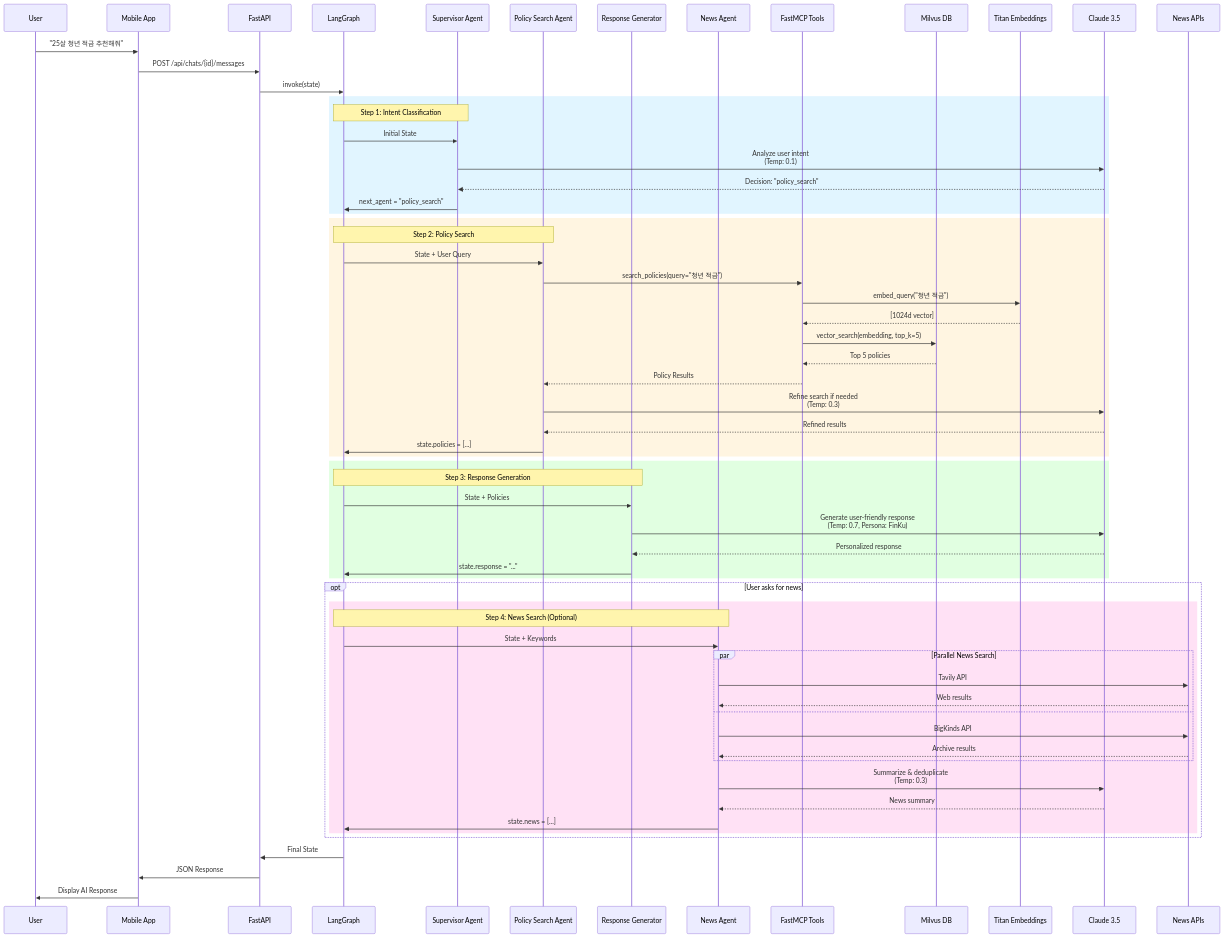
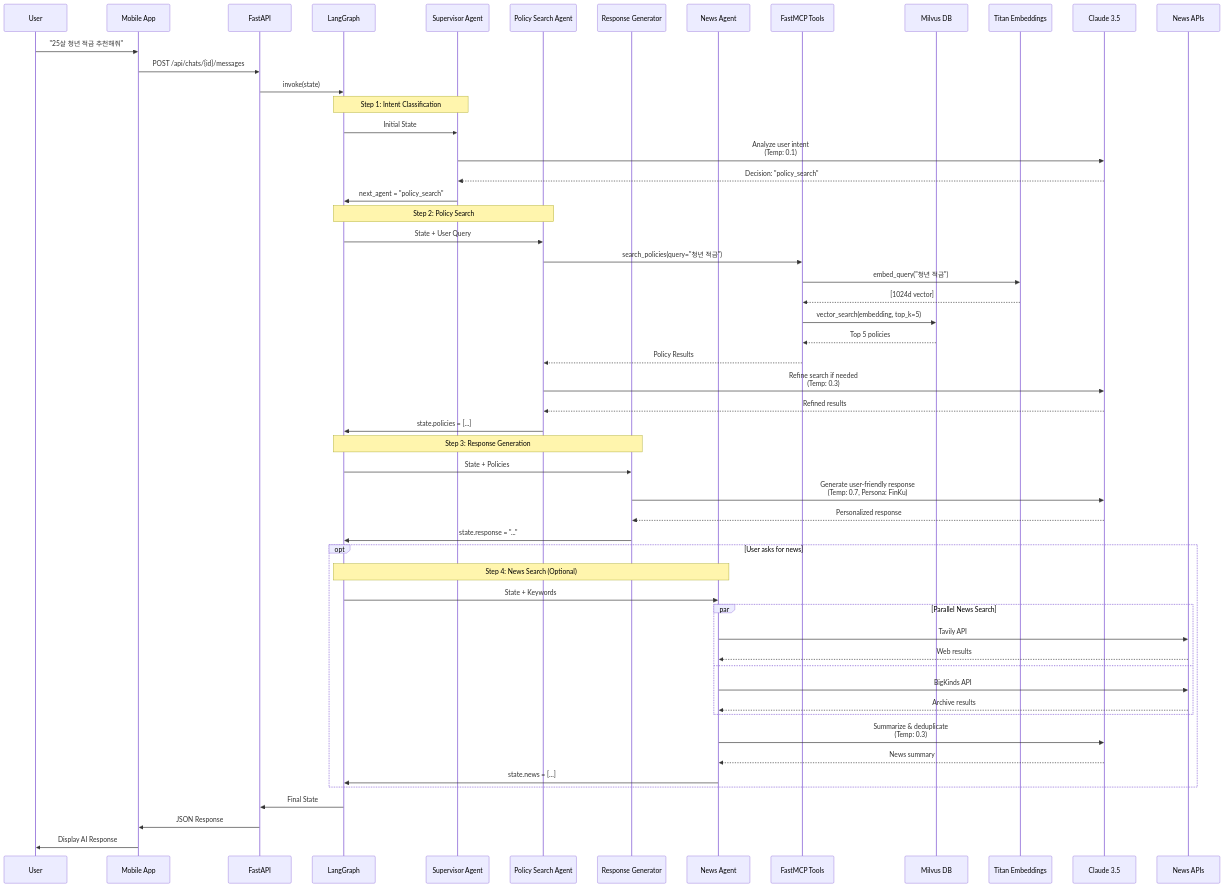
The second of 2 diagrams in README.md (1282saa/ssaacc), drawn with Mermaid before and after one commit. The commit also changed other lines of this file, not shown here.

Commit message:
docs: Remove colors from architecture diagrams for better visibility
다이어그램에서 색상 스타일을 제거하여 가독성 향상
- System Overview diagram에서 style 지시문 제거
- Detailed LLM Workflow에서 rect rgb() 색상 블록 제거

````diff
--- a/README.md
+++ b/README.md
@@ -95,71 +88,63 @@
 ```mermaid
 sequenceDiagram
     participant User
     participant Mobile as Mobile App
     participant API as FastAPI
     participant LG as LangGraph
     participant SV as Supervisor Agent
     participant PS as Policy Search Agent
     participant RG as Response Generator
     participant NA as News Agent
     participant MCP as FastMCP Tools
     participant Milvus as Milvus DB
     participant Titan as Titan Embeddings
     participant Claude as Claude 3.5
     participant News as News APIs
 
     User->>Mobile: "25살 청년 적금 추천해줘"
     Mobile->>API: POST /api/chats/{id}/messages
     API->>LG: invoke(state)
 
-    rect rgb(225, 245, 255)
-        Note over LG,SV: Step 1: Intent Classification
-        LG->>SV: Initial State
-        SV->>Claude: Analyze user intent<br/>(Temp: 0.1)
-        Claude-->>SV: Decision: "policy_search"
-        SV->>LG: next_agent = "policy_search"
-    end
+    Note over LG,SV: Step 1: Intent Classification
+    LG->>SV: Initial State
+    SV->>Claude: Analyze user intent<br/>(Temp: 0.1)
+    Claude-->>SV: Decision: "policy_search"
+    SV->>LG: next_agent = "policy_search"
 
-    rect rgb(255, 245, 225)
-        Note over LG,PS: Step 2: Policy Search
-        LG->>PS: State + User Query
-        PS->>MCP: search_policies(query="청년 적금")
-        MCP->>Titan: embed_query("청년 적금")
-        Titan-->>MCP: [1024d vector]
-        MCP->>Milvus: vector_search(embedding, top_k=5)
-        Milvus-->>MCP: Top 5 policies
-        MCP-->>PS: Policy Results
-        PS->>Claude: Refine search if needed<br/>(Temp: 0.3)
-        Claude-->>PS: Refined results
-        PS->>LG: state.policies = [...]
-    end
+    Note over LG,PS: Step 2: Policy Search
+    LG->>PS: State + User Query
+    PS->>MCP: search_policies(query="청년 적금")
+    MCP->>Titan: embed_query("청년 적금")
+    Titan-->>MCP: [1024d vector]
+    MCP->>Milvus: vector_search(embedding, top_k=5)
+    Milvus-->>MCP: Top 5 policies
+    MCP-->>PS: Policy Results
+    PS->>Claude: Refine search if needed<br/>(Temp: 0.3)
+    Claude-->>PS: Refined results
+    PS->>LG: state.policies = [...]
 
-    rect rgb(225, 255, 225)
-        Note over LG,RG: Step 3: Response Generation
-        LG->>RG: State + Policies
-        RG->>Claude: Generate user-friendly response<br/>(Temp: 0.7, Persona: FinKu)
-        Claude-->>RG: Personalized response
-        RG->>LG: state.response = "..."
-    end
+    Note over LG,RG: Step 3: Response Generation
+    LG->>RG: State + Policies
+    RG->>Claude: Generate user-friendly response<br/>(Temp: 0.7, Persona: FinKu)
+    Claude-->>RG: Personalized response
+    RG->>LG: state.response = "..."
 
     opt User asks for news
-        rect rgb(255, 225, 245)
-            Note over LG,NA: Step 4: News Search (Optional)
-            LG->>NA: State + Keywords
-            par Parallel News Search
-                NA->>News: Tavily API
-                News-->>NA: Web results
-            and
-                NA->>News: BigKinds API
-                News-->>NA: Archive results
-            end
-            NA->>Claude: Summarize & deduplicate<br/>(Temp: 0.3)
-            Claude-->>NA: News summary
-            NA->>LG: state.news = [...]
+        Note over LG,NA: Step 4: News Search (Optional)
+        LG->>NA: State + Keywords
+        par Parallel News Search
+            NA->>News: Tavily API
+            News-->>NA: Web results
+        and
+            NA->>News: BigKinds API
+            News-->>NA: Archive results
         end
+        NA->>Claude: Summarize & deduplicate<br/>(Temp: 0.3)
+        Claude-->>NA: News summary
+        NA->>LG: state.news = [...]
     end
 
     LG->>API: Final State
     API->>Mobile: JSON Response
     Mobile->>User: Display AI Response
 ```
````
